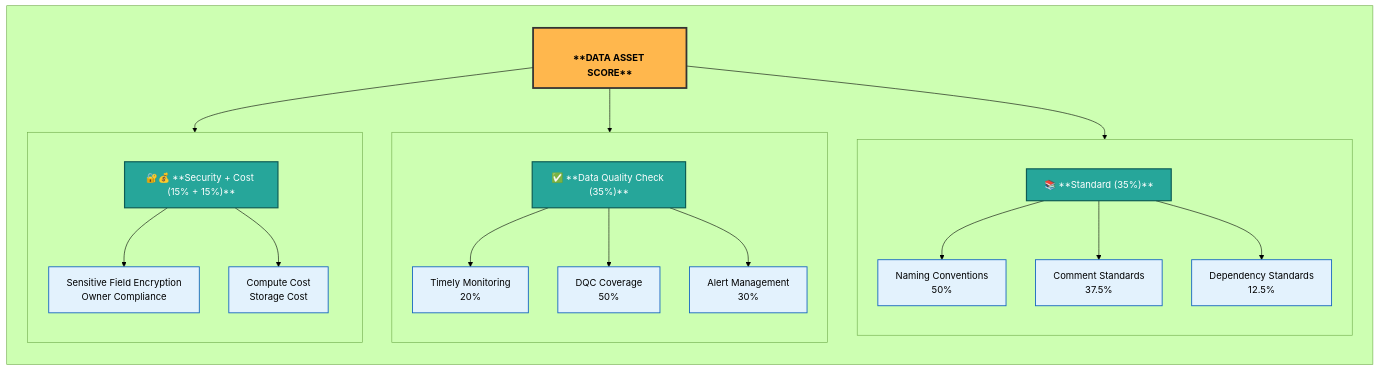
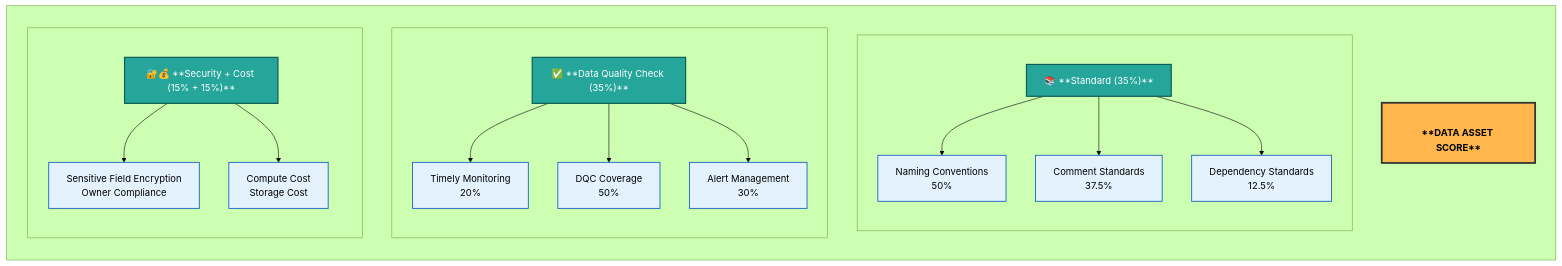
Before and after one commit to blaire101/data-warehouse-solutions: the second of 4 diagrams in README.md, drawn with Mermaid (forest theme).

````diff
--- a/README.md
+++ b/README.md
@@ -216,55 +216,55 @@
 ```mermaid
 flowchart LR
 
     %% ============ OUTER CONTAINER ============
     subgraph DAS[" "]
       direction TB
 
       %% --- Big Title Node (prominent) ---
       DAS_TITLE["<br/>**DATA ASSET SCORE**<br/>"]:::title
 
       %% --- 1) STANDARD (35%) ---
       subgraph STDG[" "]
         direction TB
         STD_HDR["📚 **Standard (35%)**"]:::group
         ST_A["Naming Conventions<br>50%"]:::item
         ST_B["Comment Standards<br>37.5%"]:::item
         ST_C["Dependency Standards<br>12.5%"]:::item
         STD_HDR --> ST_A & ST_B & ST_C
       end
 
       %% --- 2) DQC (35%) ---
       subgraph DQG[" "]
         direction TB
         DQ_HDR["✅ **Data Quality Check (35%)**"]:::group
         DQ_A["Timely Monitoring<br>20%"]:::item
         DQ_B["DQC Coverage<br>50%"]:::item
         DQ_C["Alert Management<br>30%"]:::item
         DQ_HDR --> DQ_A & DQ_B & DQ_C
       end
 
       %% --- 3) SECURITY + COST (15% + 15%) ---
       subgraph SECOG[" "]
         direction TB
         SECO_HDR["🔐💰 **Security + Cost (15% + 15%)**"]:::group
         SECO_A["Sensitive Field Encryption<br>Owner Compliance"]:::item
         SECO_B["Compute Cost<br>Storage Cost"]:::item
         SECO_HDR --> SECO_A & SECO_B
       end
     end
 
     %% ============ FLOW / ORDER ============
-    DAS_TITLE --> STD_HDR
-    DAS_TITLE --> DQ_HDR
-    DAS_TITLE --> SECO_HDR
+    %%  DAS_TITLE --> STD_HDR
+    %%  DAS_TITLE --> DQ_HDR
+    %%  DAS_TITLE --> SECO_HDR
 
     %% ============ STYLES ============
     %% Title: strong orange, thick border, bold
     classDef title fill:#FFB74D,stroke:#333,stroke-width:3px,font-weight:bold;
 
     %% Group headers: teal/blue-green with white text for strong contrast
     classDef group fill:#26A69A,stroke:#0D5C55,stroke-width:2px,color:#FFFFFF;
 
     %% Items: light blue with slightly darker blue border
     classDef item fill:#E3F2FD,stroke:#1565C0,stroke-width:1.5px;
 ```
````
